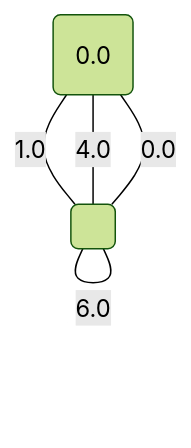
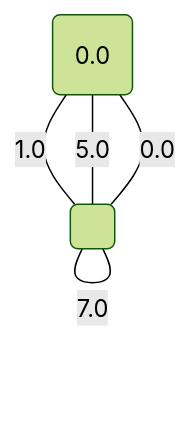
Diagram 17 of 17 in project/src/testing/showcase/minCutPetersen.md (metury/graphs), drawn with Mermaid (forest theme) before and after one commit. The commit also changed other lines of this file and 33 other files, not shown here.

````diff
--- a/project/src/testing/showcase/minCutPetersen.md
+++ b/project/src/testing/showcase/minCutPetersen.md
@@ -406,11 +411,12 @@
 ```mermaid
 graph TD;
 	0("0.0");
 	1(" ");
 	1 -- "0.0" --- 0;
 	0 -- "1.0" --- 1;
 	1 -- "2.0" --- 1;
-	1 -- "3.0" --- 1;
-	0 -- "4.0" --- 1;
+	1 -- "4.0" --- 1;
+	0 -- "5.0" --- 1;
 	1 -- "6.0" --- 1;
+	1 -- "7.0" --- 1;
 ```
````
